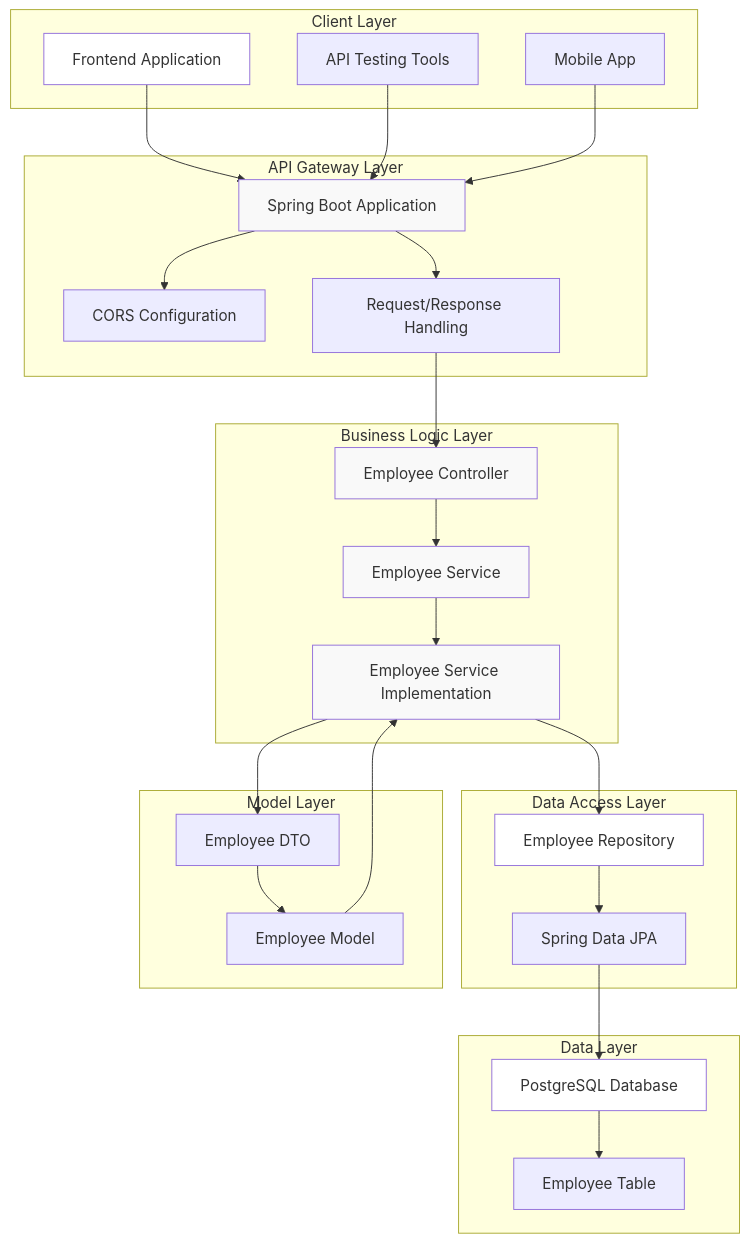
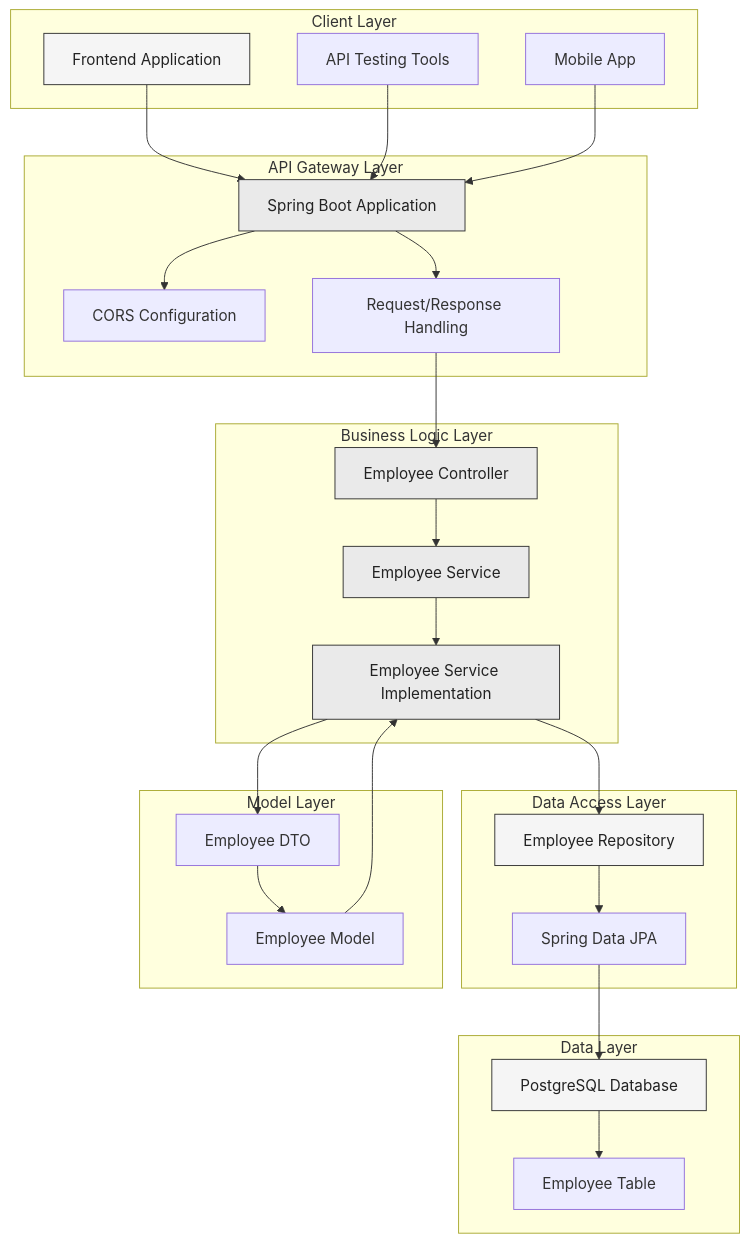
One commit to pulkitagg17/Employee-Management-System changed the first of 2 diagrams in README.md. Above: the diagram before and after it, drawn with Mermaid. The commit also changed other lines of this file, not shown here.

````diff
--- a/README.md
+++ b/README.md
@@ -7,59 +7,59 @@
 ```mermaid
 graph TB
     subgraph "Client Layer"
         A[Frontend Application]
         B[API Testing Tools]
         C[Mobile App]
     end
     
     subgraph "API Gateway Layer"
         D[Spring Boot Application]
         E[CORS Configuration]
         F[Request/Response Handling]
     end
     
     subgraph "Business Logic Layer"
         G[Employee Controller]
         H[Employee Service]
         I[Employee Service Implementation]
     end
     
     subgraph "Data Access Layer"
         J[Employee Repository]
         K[Spring Data JPA]
     end
     
     subgraph "Data Layer"
         L[PostgreSQL Database]
         M[Employee Table]
     end
     
     subgraph "Model Layer"
         N[Employee DTO]
         O[Employee Model]
     end
     
     A --> D
     B --> D
     C --> D
     D --> E
     D --> F
     F --> G
     G --> H
     H --> I
     I --> J
     J --> K
     K --> L
     L --> M
     I --> N
     N --> O
     O --> I
     
-    style A fill:#ffffff
-    style D fill:#f9f9f9
-    style G fill:#f9f9f9
-    style H fill:#f9f9f9
-    style I fill:#f9f9f9
-    style J fill:#ffffff
-    style L fill:#ffffff
+    style A fill:#f5f5f5,stroke:#333333,color:#222222
+    style D fill:#eaeaea,stroke:#333333,color:#222222
+    style G fill:#eaeaea,stroke:#333333,color:#222222
+    style H fill:#eaeaea,stroke:#333333,color:#222222
+    style I fill:#eaeaea,stroke:#333333,color:#222222
+    style J fill:#f5f5f5,stroke:#333333,color:#222222
+    style L fill:#f5f5f5,stroke:#333333,color:#222222
 ```
````
